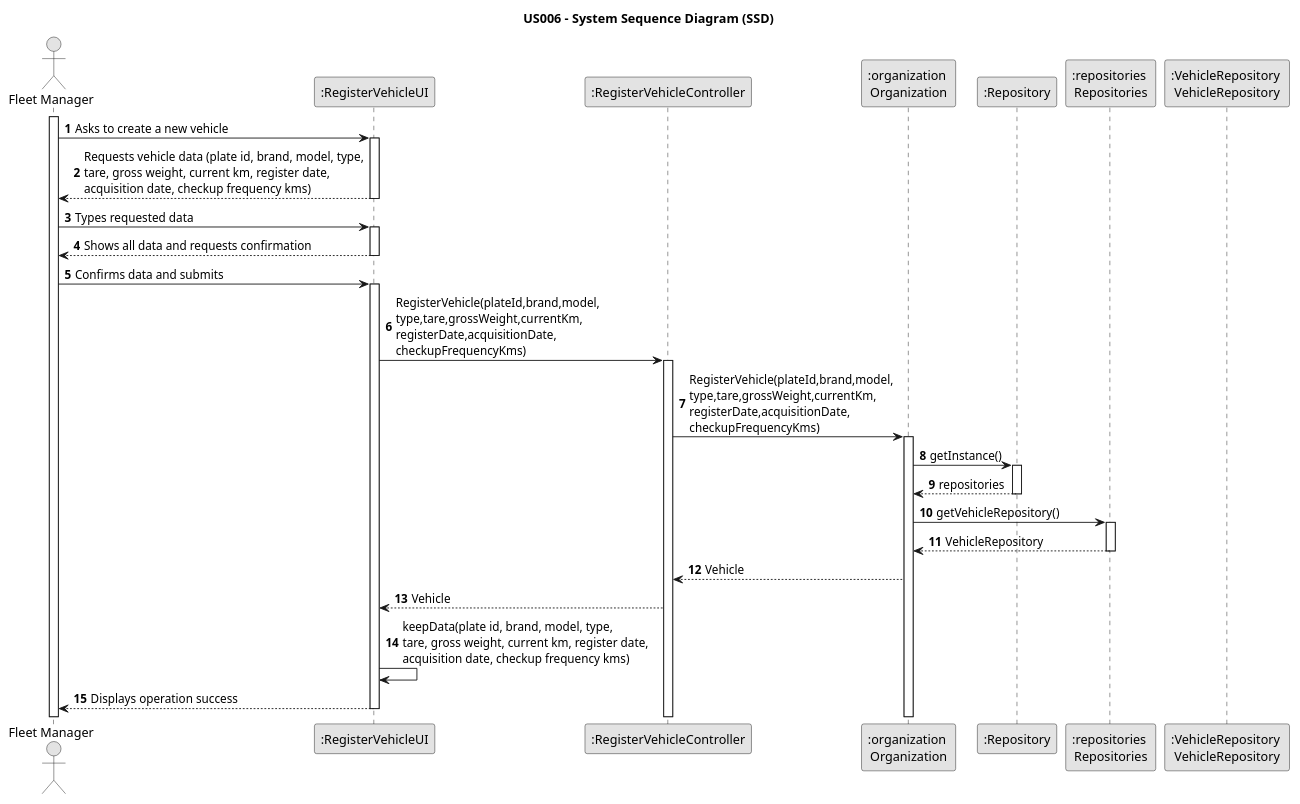
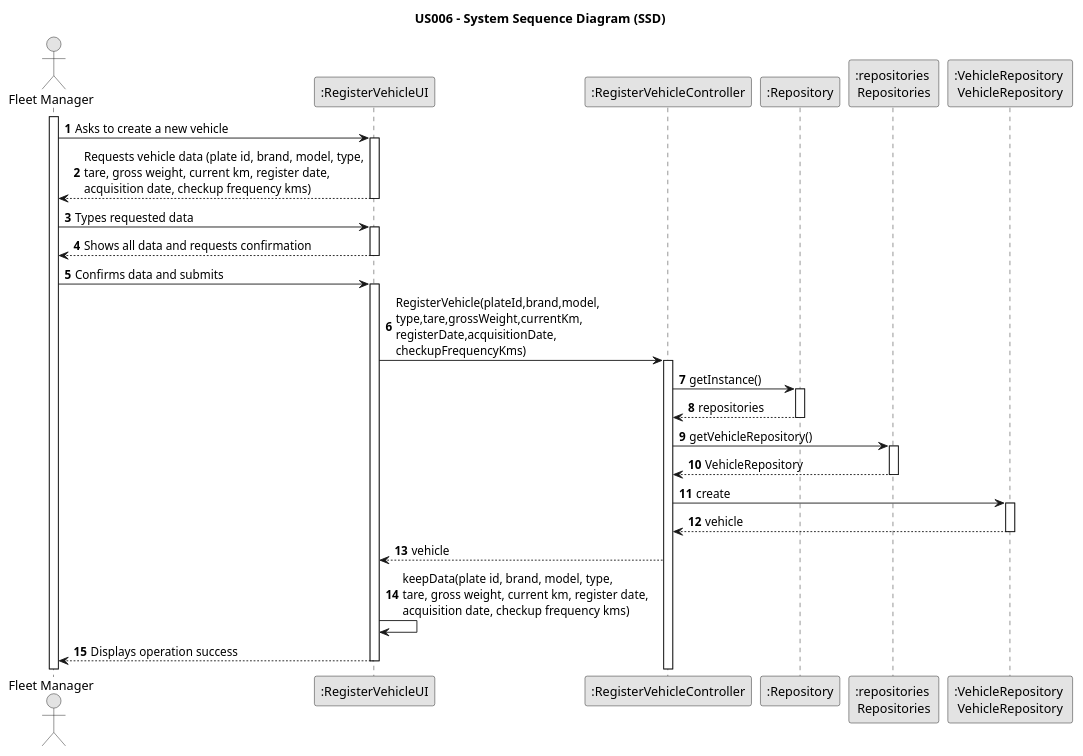
The diagram in docs/sprintB/us006/03.design/puml/us006-system-sequence-diagram.puml (Rui-San/LAPR2_2023_2024), drawn with PlantUML before and after one commit.

Commit message:
US006: SSD - Elemination of Class Organization and added new code

```diff
--- a/docs/sprintB/us006/03.design/puml/us006-system-sequence-diagram.puml
+++ b/docs/sprintB/us006/03.design/puml/us006-system-sequence-diagram.puml
@@ -1,72 +1,71 @@
 @startuml
 skinparam monochrome true
 skinparam packageStyle rectangle
 skinparam shadowing false
 
 title US006 - System Sequence Diagram (SSD)
 
 autonumber
 
 actor "Fleet Manager" as Employee
 participant ":RegisterVehicleUI" as System
 participant ":RegisterVehicleController" as CTRL
-participant ":organization \nOrganization" as ORG
 participant ":Repository" as REP
 participant ":repositories \nRepositories" as REPS
 participant ":VehicleRepository \nVehicleRepository" as VR
 
 activate Employee
 
     Employee -> System : Asks to create a new vehicle
     activate System
 
 System --> Employee : Requests vehicle data (plate id, brand, model, type,\ntare, gross weight, current km, register date,\nacquisition date, checkup frequency kms)
     deactivate System
 
 
     Employee -> System : Types requested data
     activate System
 
         System --> Employee : Shows all data and requests confirmation
     deactivate System
 
     Employee -> System : Confirms data and submits
     activate System
         System->CTRL :RegisterVehicle(plateId,brand,model,\ntype,tare,grossWeight,currentKm,\nregisterDate,acquisitionDate,\ncheckupFrequencyKms)
         activate CTRL
-            CTRL->ORG :RegisterVehicle(plateId,brand,model,\ntype,tare,grossWeight,currentKm,\nregisterDate,acquisitionDate,\ncheckupFrequencyKms)
-            activate ORG
 
-            ORG->REP: getInstance()
+            CTRL->REP: getInstance()
 
             activate REP
 
-            REP-->ORG: repositories
+            REP-->CTRL: repositories
 
             deactivate REP
 
-            ORG->REPS: getVehicleRepository()
+            CTRL->REPS: getVehicleRepository()
 
             activate REPS
 
-            REPS-->ORG: VehicleRepository
+            REPS-->CTRL: VehicleRepository
 
             deactivate REPS
 
+            CTRL->VR: create
 
+            activate VR
 
+            VR-->CTRL: vehicle
 
+            deactivate VR
 
-            ORG-->CTRL: Vehicle
-
-            CTRL-->System: Vehicle
+            CTRL-->System: vehicle
 
             System->System: keepData(plate id, brand, model, type,\ntare, gross weight, current km, register date,\nacquisition date, checkup frequency kms)
 
         System --> Employee : Displays operation success
     deactivate System
 
 
 
 
 @enduml
```
